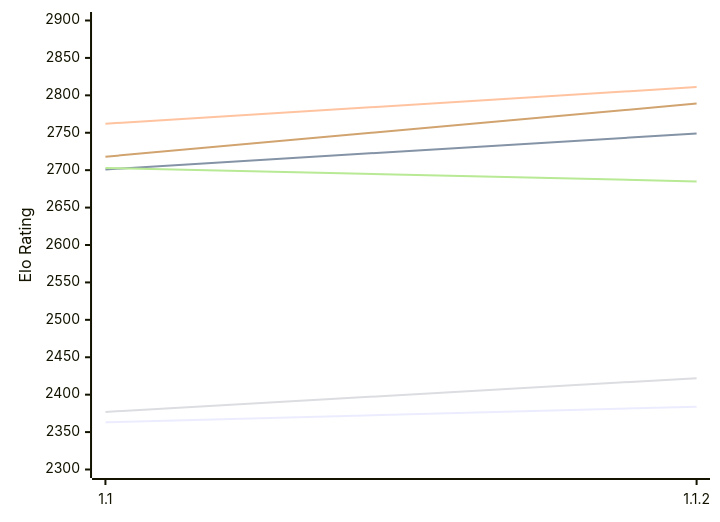
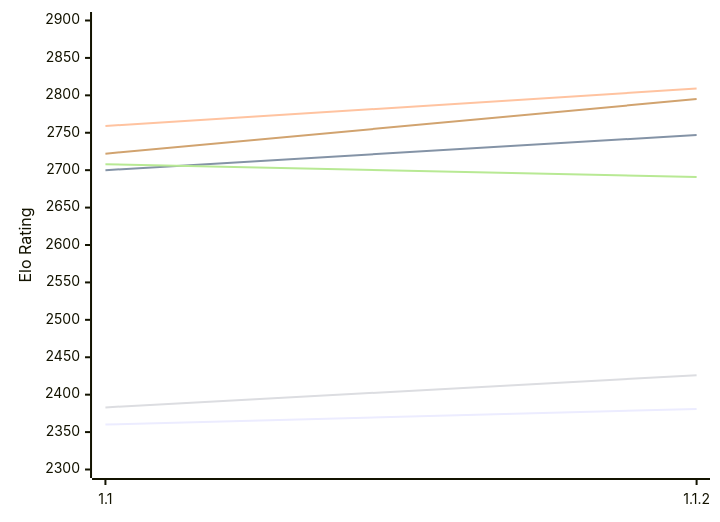
One commit to computer-chess-index/cci changed the first of 2 diagrams in engines/Casanchess.md. Above: the diagram before and after it, drawn with Mermaid. The commit also changed other lines of this file, not shown here.

Commit message:
Update CCI Ratings (ELO VLTC) - 2026-11-23

````diff
--- a/engines/Casanchess.md
+++ b/engines/Casanchess.md
@@ -51,12 +51,12 @@
 ```mermaid
 %%{init: {"theme":"base","themeVariables":{"seriesColors:['#a3a3a3','#222221','#faa371']}}}%%
 xychart-beta
   x-axis ["1.1", "1.1.2"]
   y-axis "Elo Rating" 2300 --> 2900
-  line "E1: STC (8.0+0.08s)" [2363, 2384]
-  line "E1: LTC (60.0+0.60s)" [2701, 2749]
-  line "E1: VLTC (2m24s+1.12s)" [2762, 2811]
-  line "P1: STC (8.0+0.08s)" [2377, 2422]
-  line "P1: LTC (60.0+0.60s)" [2703, 2685]
-  line "P1: VLTC (2m24s+1.12s)" [2718, 2789]
+  line "E1: STC (8.0+0.08s)" [2360, 2381]
+  line "E1: LTC (60.0+0.60s)" [2700, 2747]
+  line "E1: VLTC (2m24s+1.12s)" [2759, 2809]
+  line "P1: STC (8.0+0.08s)" [2383, 2426]
+  line "P1: LTC (60.0+0.60s)" [2708, 2691]
+  line "P1: VLTC (2m24s+1.12s)" [2722, 2795]
 ```
````
